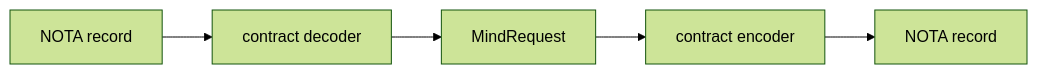
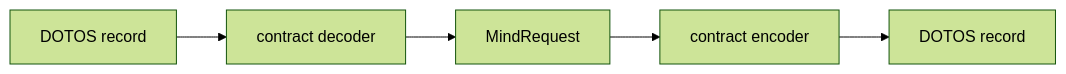
The second of 2 diagrams in ARCHITECTURE.md (LiGoldragon/signal-mind), drawn with Mermaid (forest theme) before and after one commit. The commit also changed other lines of this file and 8 other files, not shown here.

Commit message:
signal-mind: bind contract to current DOTOS producers

````diff
--- a/ARCHITECTURE.md
+++ b/ARCHITECTURE.md
@@ -458,7 +458,7 @@
 ```mermaid
 flowchart LR
-    text[NOTA record] --> decode[contract decoder]
+    text[DOTOS record] --> decode[contract decoder]
     decode --> request[MindRequest]
     request --> encode[contract encoder]
-    encode --> text_again[NOTA record]
+    encode --> text_again[DOTOS record]
 ```
````
